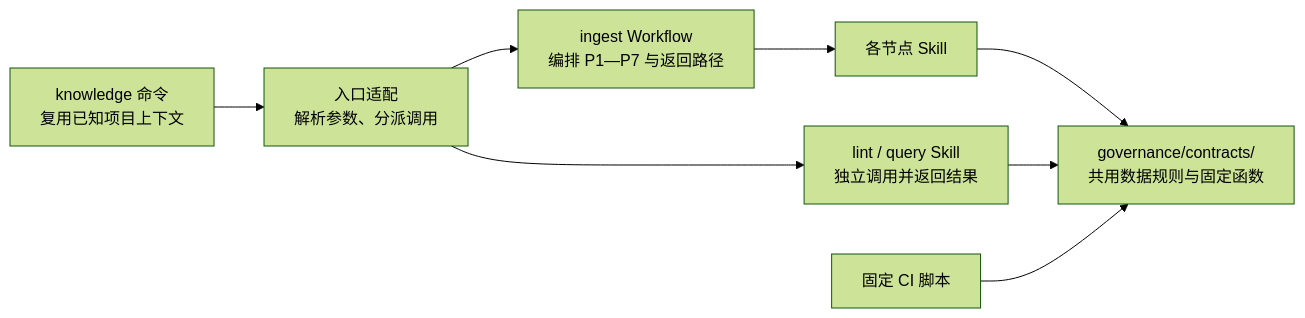
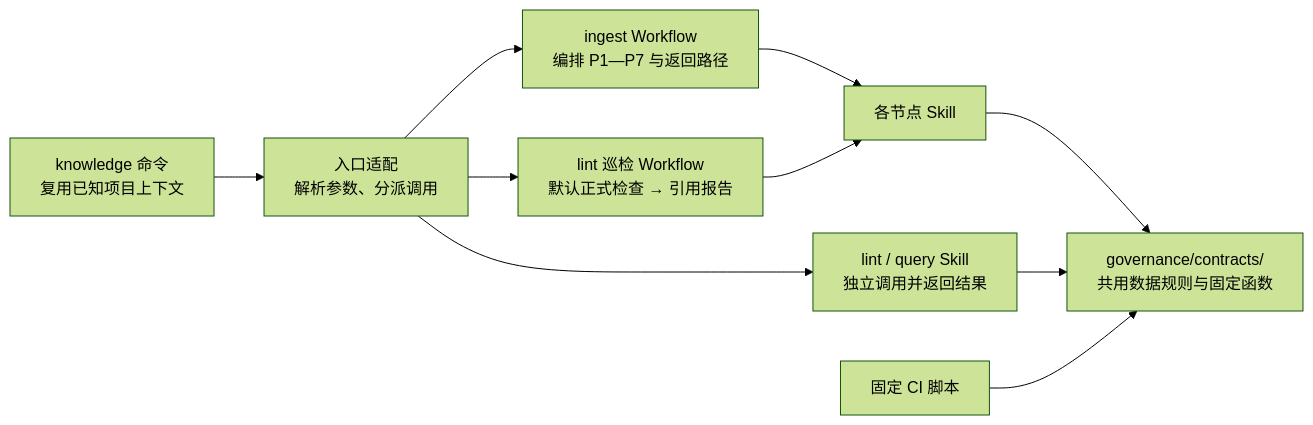
One commit to Robin-hhc/FactumCore changed diagram 11 of 27 in himate-knowledge-wifi-mp/docs-llm-wiki/知识库详细设计.md. Above: the diagram before and after it, drawn with Mermaid (forest theme). The commit also changed other lines of this file and 20 other files, not shown here.

First line of the commit message:
feat: add report-only knowledge reference audit workflow

````diff
--- a/himate-knowledge-wifi-mp/docs-llm-wiki/知识库详细设计.md
+++ b/himate-knowledge-wifi-mp/docs-llm-wiki/知识库详细设计.md
@@ -401,10 +431,12 @@
 ```mermaid
 flowchart LR
     CMD["knowledge 命令<br/>复用已知项目上下文"] --> ADAPT["入口适配<br/>解析参数、分派调用"]
     ADAPT --> INGEST["ingest Workflow<br/>编排 P1—P7 与返回路径"]
+    ADAPT --> AUDIT["lint 巡检 Workflow<br/>默认正式检查 → 引用报告"]
     ADAPT --> SKILL["lint / query Skill<br/>独立调用并返回结果"]
     INGEST --> NODE["各节点 Skill"]
+    AUDIT --> NODE
     NODE --> CORE["governance/contracts/<br/>共用数据规则与固定函数"]
     SKILL --> CORE
     CI["固定 CI 脚本"] --> CORE
 ```
````
